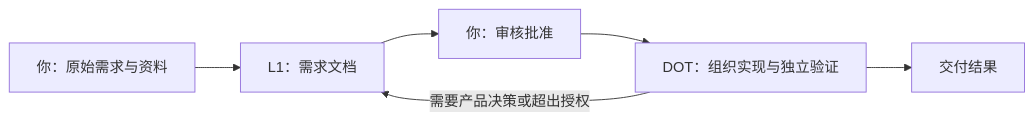
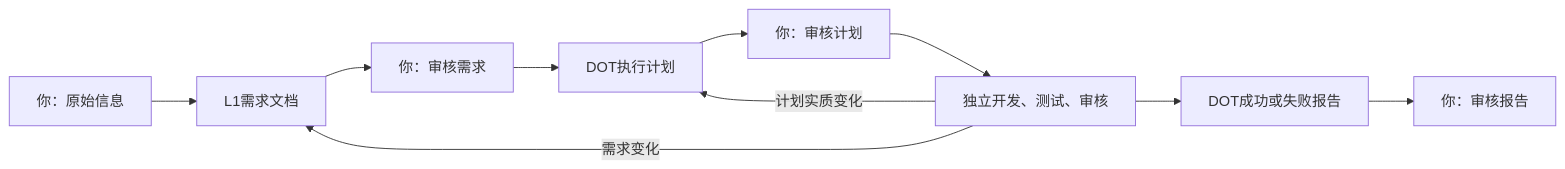
Before and after one commit to Merrychen-CMY/AI-Programming-Workflow: the diagram in README.md, drawn with Mermaid. The commit also changed other lines of this file and 81 other files, not shown here.

````diff
--- a/README.md
+++ b/README.md
@@ -5,8 +5,12 @@
 ```mermaid
 flowchart LR
-  U[你：原始需求与资料] --> L[L1：需求文档]
-  L --> A[你：审核批准]
-  A --> D[DOT：组织实现与独立验证]
-  D --> R[交付结果]
-  D -->|需要产品决策或超出授权| L
+ U[你：原始信息] --> L[L1需求文档]
+ L --> A[你：审核需求]
+ A --> P[DOT执行计划]
+ P --> B[你：审核计划]
+ B --> E[独立开发、测试、审核]
+ E --> R[DOT成功或失败报告]
+ R --> C[你：审核报告]
+ E -->|需求变化| L
+ E -->|计划实质变化| P
 ```
````
